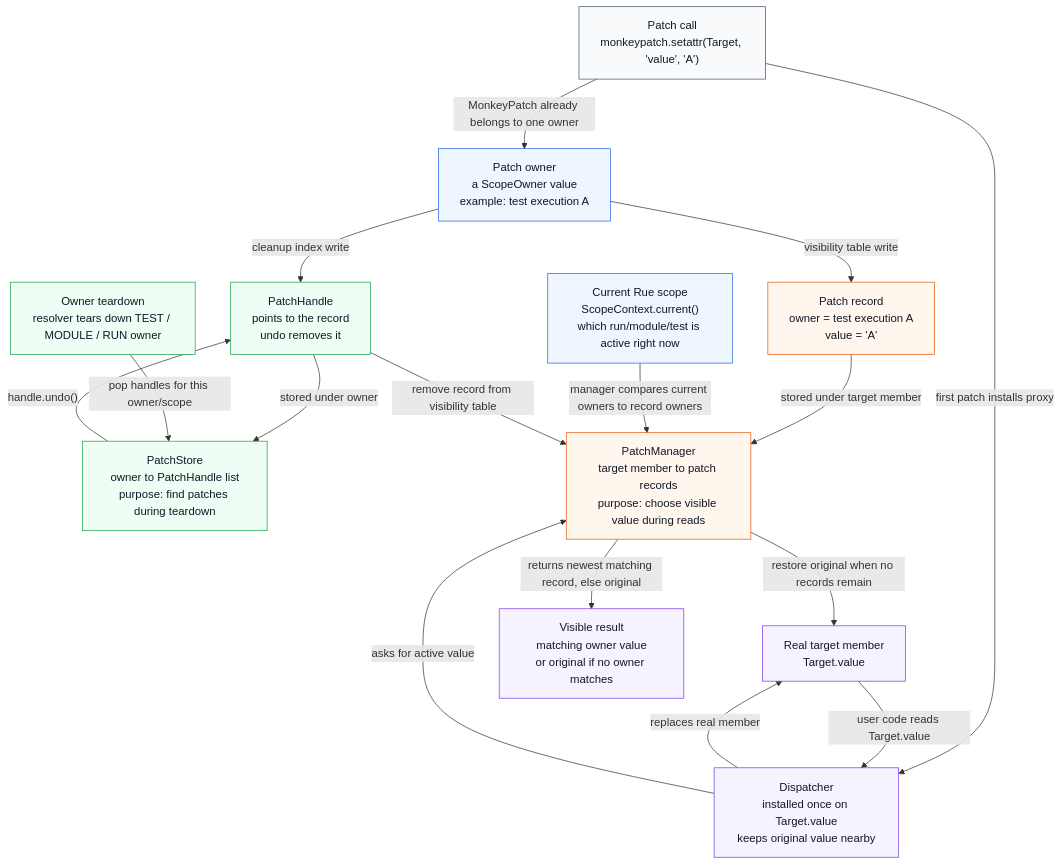
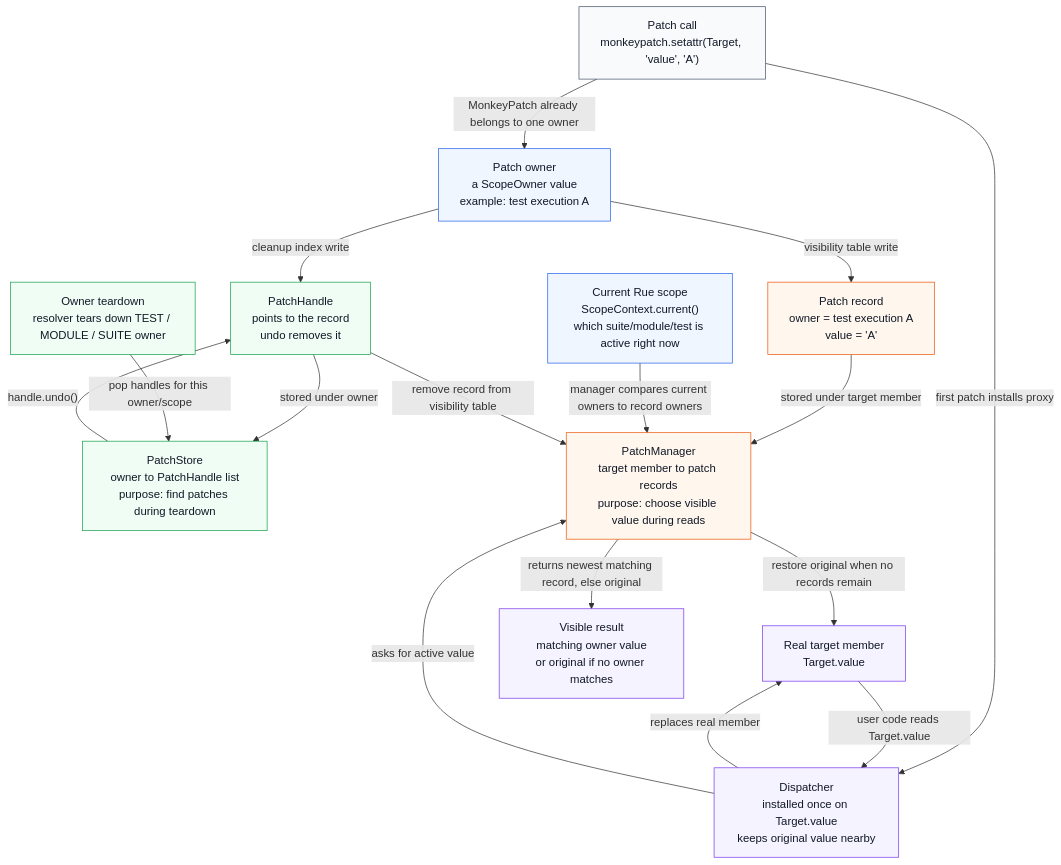
The diagram in src/rue/patching/SPEC.md (nickshirobokov/rue), drawn with Mermaid before and after one commit. The commit also changed other lines of this file and 124 other files, not shown here.

Commit message:
rename Run to Suite

````diff
--- a/src/rue/patching/SPEC.md
+++ b/src/rue/patching/SPEC.md
@@ -55,48 +55,48 @@
 ```mermaid
 %%{init: {"themeVariables": {"fontSize": "16px", "fontFamily": "ui-sans-serif, system-ui, sans-serif"}}}%%
 flowchart TB
     classDef code fill:#f8fafc,stroke:#475569,color:#111827
     classDef ownerNode fill:#eff6ff,stroke:#2563eb,color:#111827
     classDef cleanup fill:#f0fdf4,stroke:#16a34a,color:#111827
     classDef routing fill:#fff7ed,stroke:#ea580c,color:#111827
     classDef read fill:#f5f3ff,stroke:#7c3aed,color:#111827
 
     patchCall["Patch call<br/>monkeypatch.setattr(Target, 'value', 'A')"]
     patchOwner["Patch owner<br/>a ScopeOwner value<br/>example: test execution A"]
 
     store["PatchStore<br/>owner to PatchHandle list<br/>purpose: find patches during teardown"]
     manager["PatchManager<br/>target member to patch records<br/>purpose: choose visible value during reads"]
 
     record["Patch record<br/>owner = test execution A<br/>value = 'A'"]
     handle["PatchHandle<br/>points to the record<br/>undo removes it"]
 
     target["Real target member<br/>Target.value"]
     dispatcher["Dispatcher<br/>installed once on Target.value<br/>keeps original value nearby"]
-    current["Current Rue scope<br/>ScopeContext.current()<br/>which run/module/test is active right now"]
+    current["Current Rue scope<br/>ScopeContext.current()<br/>which suite/module/test is active right now"]
     visible["Visible result<br/>matching owner value<br/>or original if no owner matches"]
-    teardown["Owner teardown<br/>resolver tears down TEST / MODULE / RUN owner"]
+    teardown["Owner teardown<br/>resolver tears down TEST / MODULE / SUITE owner"]
 
     class patchCall code
     class patchOwner,current ownerNode
     class store,handle,teardown cleanup
     class manager,record routing
     class target,dispatcher,visible read
 
     patchCall -->|"MonkeyPatch already belongs to one owner"| patchOwner
     patchOwner -->|"cleanup index write"| handle
     handle -->|"stored under owner"| store
     patchOwner -->|"visibility table write"| record
     record -->|"stored under target member"| manager
     patchCall -->|"first patch installs proxy"| dispatcher
     dispatcher -->|"replaces real member"| target
 
     target -->|"user code reads Target.value"| dispatcher
     dispatcher -->|"asks for active value"| manager
     current -->|"manager compares current owners to record owners"| manager
     manager -->|"returns newest matching record, else original"| visible
 
     teardown -->|"pop handles for this owner/scope"| store
     store -->|"handle.undo()"| handle
     handle -->|"remove record from visibility table"| manager
     manager -->|"restore original when no records remain"| target
 ```
````
